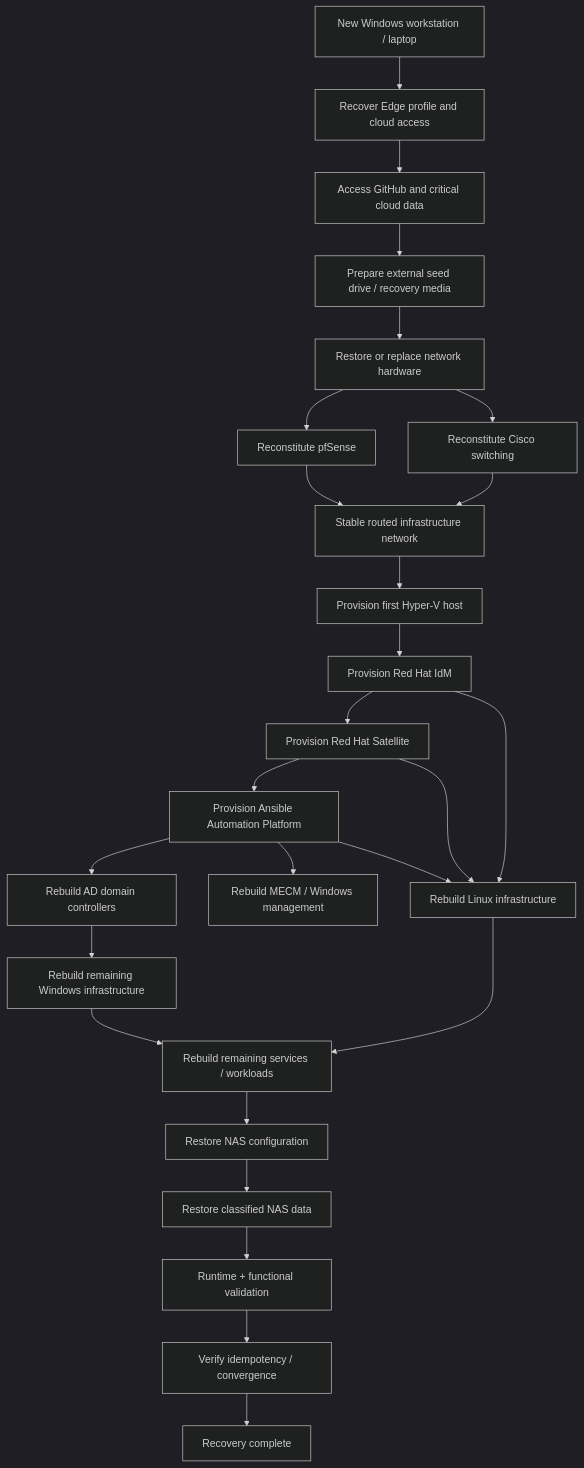
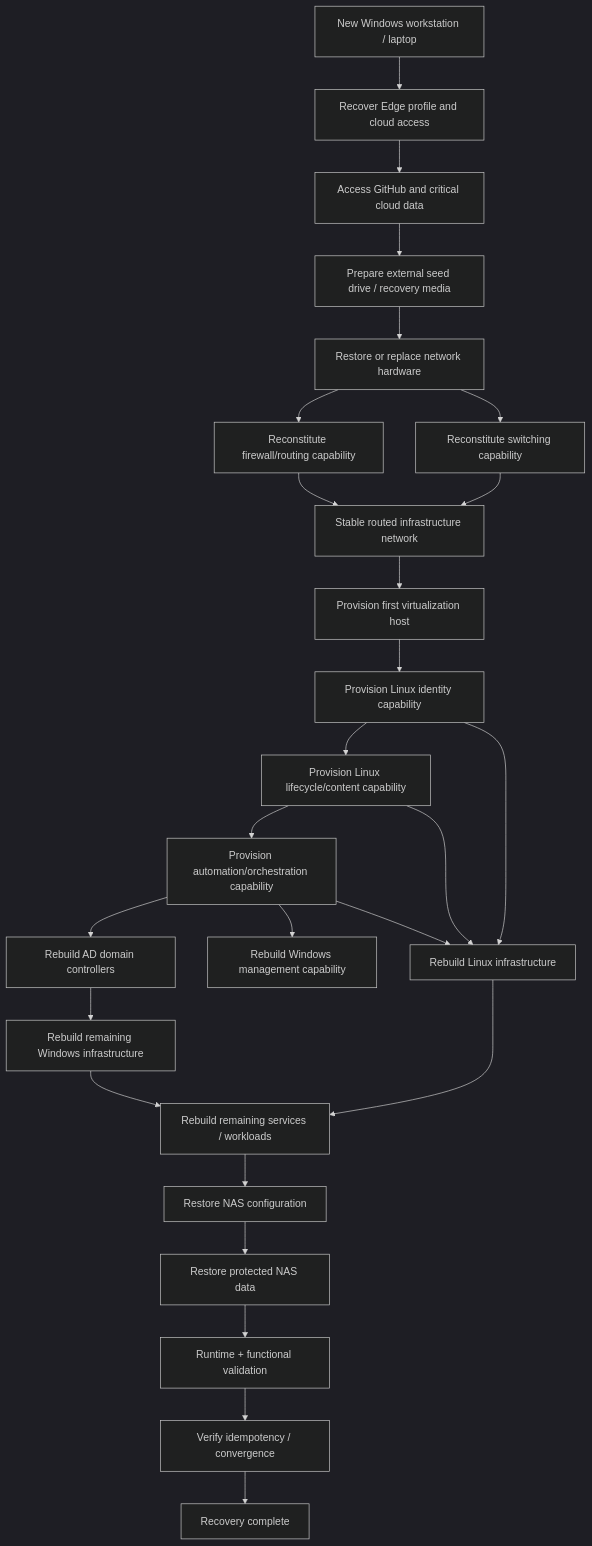
Before and after one commit to rathbunr/Operation-Desired-State: the third of 4 diagrams in docs/ARCHITECTURE-DRAFT.md, drawn with Mermaid (dark theme). The commit also changed other lines of this file, not shown here.

Commit message:
Add charter and reference design architecture layers

````diff
--- a/docs/ARCHITECTURE-DRAFT.md
+++ b/docs/ARCHITECTURE-DRAFT.md
@@ -7,28 +70,28 @@
 ```mermaid
 flowchart TD
     A[New Windows workstation / laptop] --> B[Recover Edge profile and cloud access]
     B --> C[Access GitHub and critical cloud data]
     C --> D[Prepare external seed drive / recovery media]
     D --> E[Restore or replace network hardware]
-    E --> F[Reconstitute pfSense]
-    E --> G[Reconstitute Cisco switching]
+    E --> F[Reconstitute firewall/routing capability]
+    E --> G[Reconstitute switching capability]
     F --> H[Stable routed infrastructure network]
     G --> H
-    H --> I[Provision first Hyper-V host]
-    I --> J[Provision Red Hat IdM]
-    J --> K[Provision Red Hat Satellite]
-    K --> L[Provision Ansible Automation Platform]
+    H --> I[Provision first virtualization host]
+    I --> J[Provision Linux identity capability]
+    J --> K[Provision Linux lifecycle/content capability]
+    K --> L[Provision automation/orchestration capability]
     L --> M[Rebuild AD domain controllers]
-    L --> N[Rebuild MECM / Windows management]
+    L --> N[Rebuild Windows management capability]
     M --> O[Rebuild remaining Windows infrastructure]
     J --> P[Rebuild Linux infrastructure]
     K --> P
     L --> P
     O --> Q[Rebuild remaining services / workloads]
     P --> Q
     Q --> R[Restore NAS configuration]
-    R --> S[Restore classified NAS data]
+    R --> S[Restore protected NAS data]
     S --> T[Runtime + functional validation]
     T --> U[Verify idempotency / convergence]
     U --> V[Recovery complete]
 ```
````
